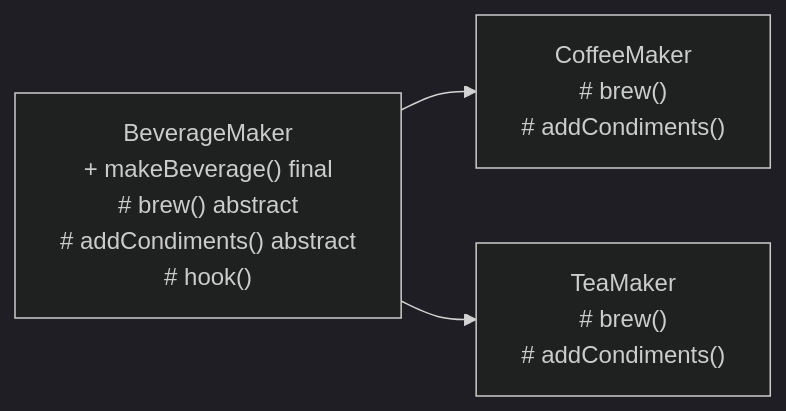
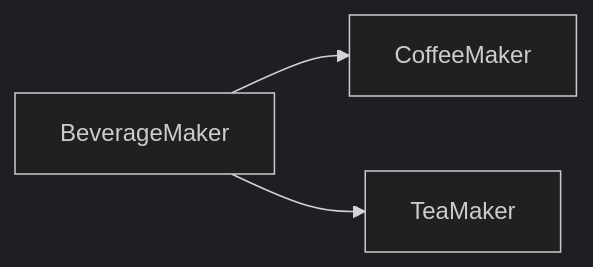
Before and after one commit to yjkim2015/yjkim2015.github.io: the third of 8 diagrams in _posts/designPattern/2026-05-12-behavioral-patterns.md, drawn with Mermaid (dark theme). The commit also changed other lines of this file and 245 other files, not shown here.

First line of the commit message:
Mermaid 다이어그램 전면 수정 + 면접 포인트 접기/펼치기 + DB 데드락 페이지

````diff
--- a/_posts/designPattern/2026-05-12-behavioral-patterns.md
+++ b/_posts/designPattern/2026-05-12-behavioral-patterns.md
@@ -322,5 +322,5 @@
 ```mermaid
 graph LR
-    Abstract["BeverageMaker\n+ makeBeverage() final\n# brew() abstract\n# addCondiments() abstract\n# hook()"] --> Coffee["CoffeeMaker\n# brew()\n# addCondiments()"]
-    Abstract --> Tea["TeaMaker\n# brew()\n# addCondiments()"]
+    Abstract["BeverageMaker"] --> Coffee["CoffeeMaker"]
+    Abstract --> Tea["TeaMaker"]
 ```
````
